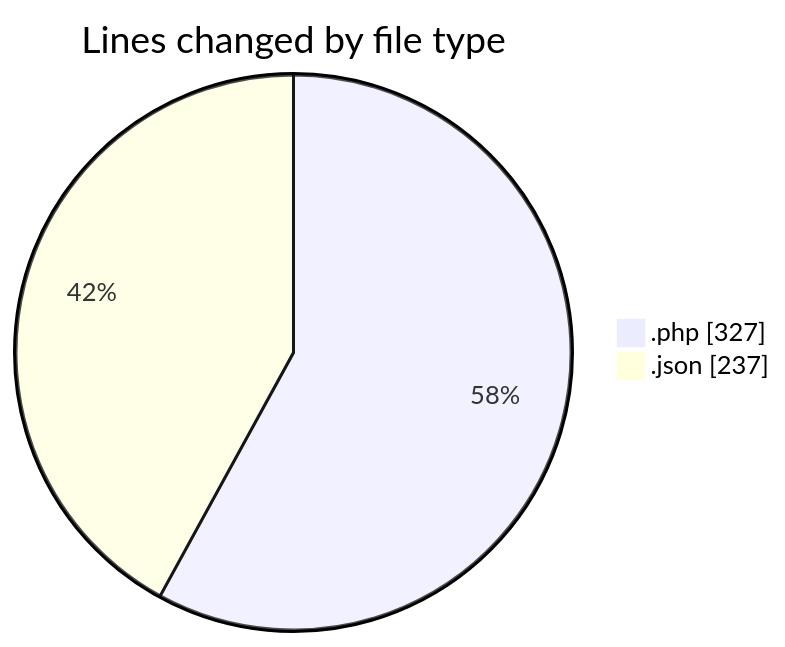
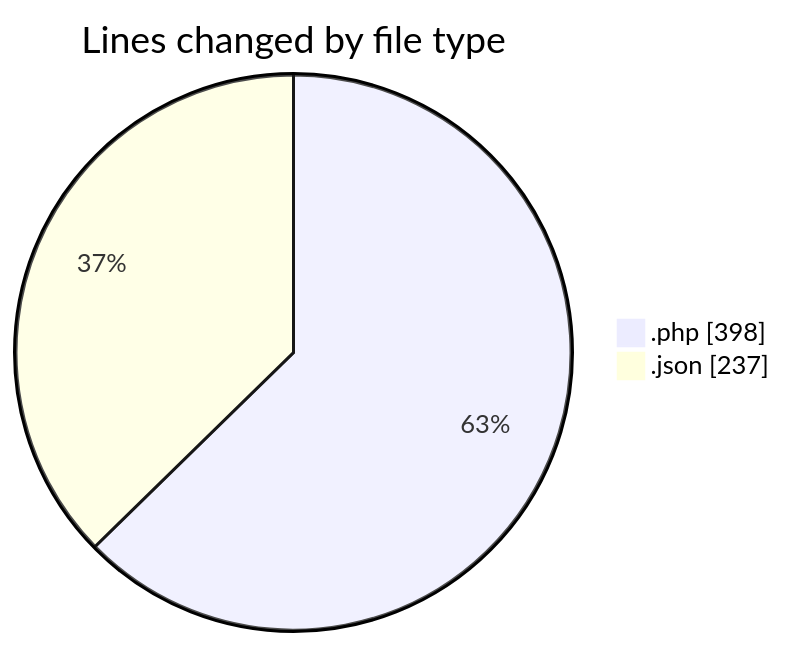
The first of 2 diagrams in 2025-06-15/studio-backend/README.md (idhammustaqopulfikri/code-tracking), drawn with Mermaid before and after one commit. The commit also changed other lines of this file and 1 other file, not shown here.

````diff
--- a/2025-06-15/studio-backend/README.md
+++ b/2025-06-15/studio-backend/README.md
@@ -24,6 +25,6 @@
 ```mermaid
 pie showData
 title Lines changed by file type
-".php" : 327
+".php" : 398
 ".json" : 237
 ```
````
